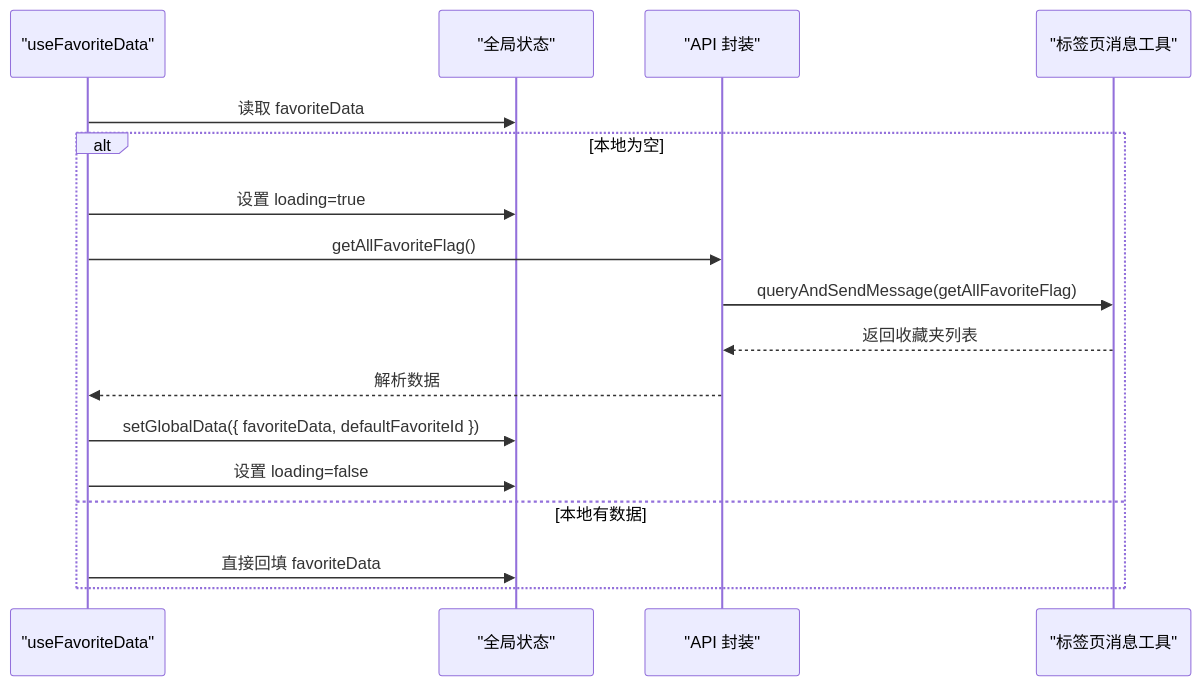
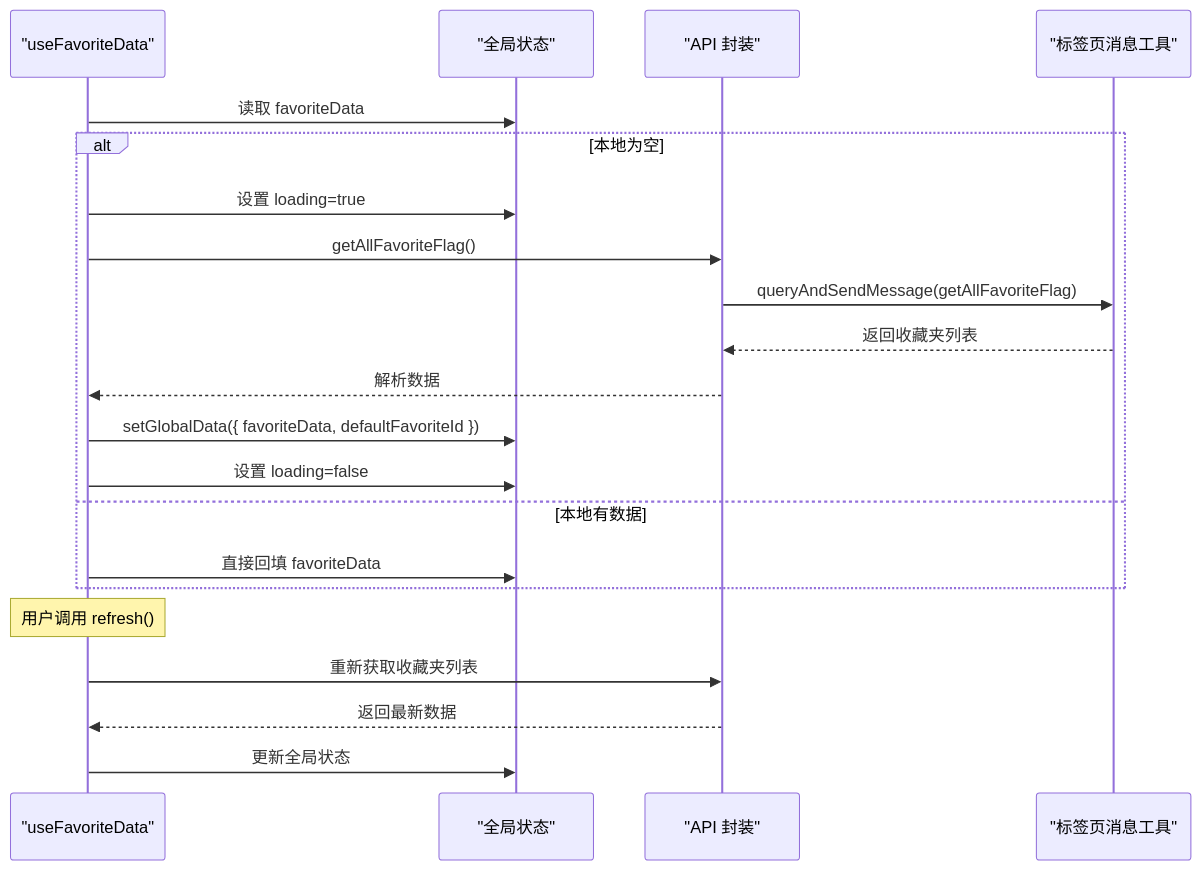
The fourth of 11 diagrams in .qoder/repowiki/zh/content/核心功能模块/收藏夹管理系统.md (RadiumAg/bilibili-favorites), drawn with Mermaid before and after one commit. The commit also changed other lines of this file and 27 other files, not shown here.

````diff
--- a/.qoder/repowiki/zh/content/核心功能模块/收藏夹管理系统.md
+++ b/.qoder/repowiki/zh/content/核心功能模块/收藏夹管理系统.md
@@ -226,19 +239,23 @@
 ```mermaid
 sequenceDiagram
 participant Hook as "useFavoriteData"
 participant Store as "全局状态"
 participant API as "API 封装"
 participant Tab as "标签页消息工具"
 Hook->>Store : 读取 favoriteData
 alt 本地为空
 Hook->>Store : 设置 loading=true
 Hook->>API : getAllFavoriteFlag()
 API->>Tab : queryAndSendMessage(getAllFavoriteFlag)
 Tab-->>API : 返回收藏夹列表
 API-->>Hook : 解析数据
 Hook->>Store : setGlobalData({ favoriteData, defaultFavoriteId })
 Hook->>Store : 设置 loading=false
 else 本地有数据
 Hook->>Store : 直接回填 favoriteData
 end
+note over Hook : 用户调用 refresh()
+Hook->>API : 重新获取收藏夹列表
+API-->>Hook : 返回最新数据
+Hook->>Store : 更新全局状态
 ```
````
